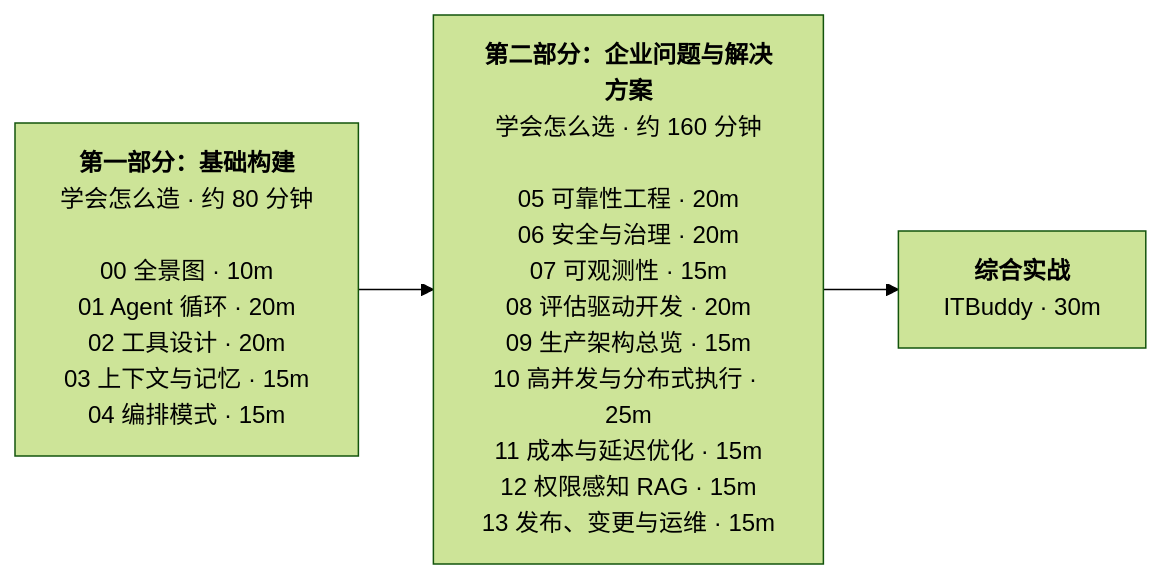
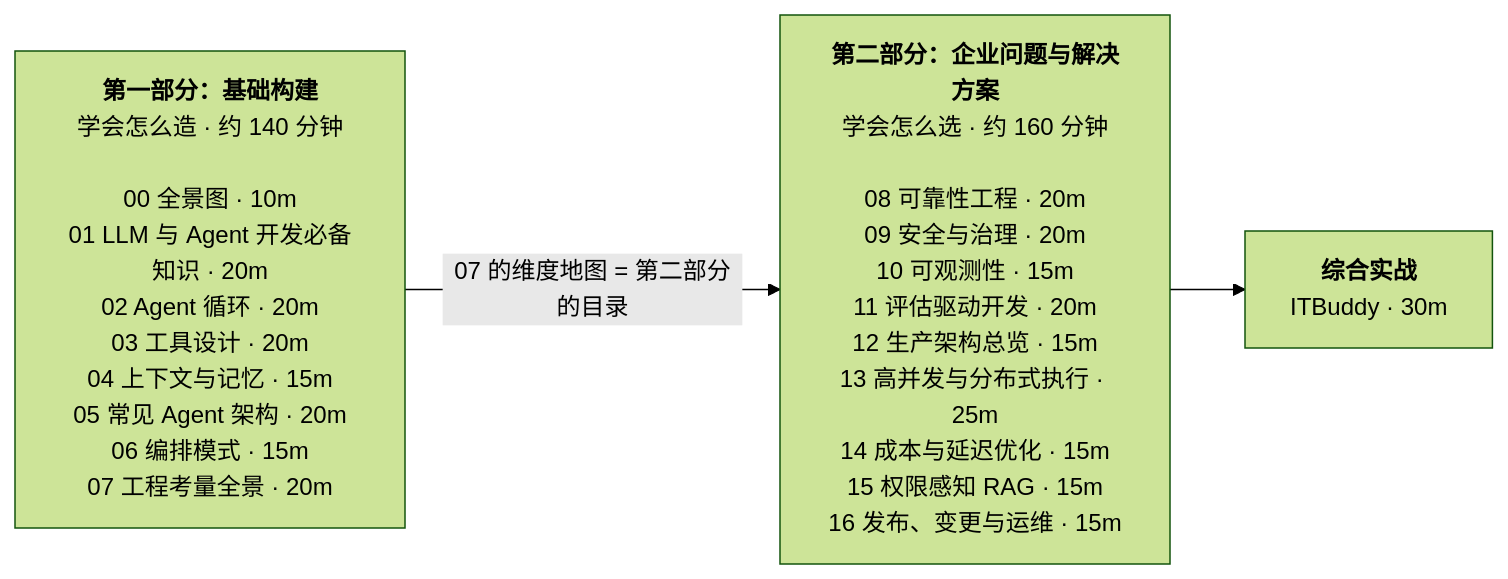
Before and after one commit to heaven999b/hello-agent-system: the fifth of 5 diagrams in lessons/00_overview/README.md, drawn with Mermaid (forest theme). The commit also changed other lines of this file and 29 other files, not shown here.

````diff
--- a/lessons/00_overview/README.md
+++ b/lessons/00_overview/README.md
@@ -167,7 +174,7 @@
 ```mermaid
 flowchart LR
-    P1["<b>第一部分：基础构建</b><br/>学会怎么造 · 约 80 分钟<br/><br/>00 全景图 · 10m<br/>01 Agent 循环 · 20m<br/>02 工具设计 · 20m<br/>03 上下文与记忆 · 15m<br/>04 编排模式 · 15m"]
-    P2["<b>第二部分：企业问题与解决方案</b><br/>学会怎么选 · 约 160 分钟<br/><br/>05 可靠性工程 · 20m<br/>06 安全与治理 · 20m<br/>07 可观测性 · 15m<br/>08 评估驱动开发 · 20m<br/>09 生产架构总览 · 15m<br/>10 高并发与分布式执行 · 25m<br/>11 成本与延迟优化 · 15m<br/>12 权限感知 RAG · 15m<br/>13 发布、变更与运维 · 15m"]
+    P1["<b>第一部分：基础构建</b><br/>学会怎么造 · 约 140 分钟<br/><br/>00 全景图 · 10m<br/>01 LLM 与 Agent 开发必备知识 · 20m<br/>02 Agent 循环 · 20m<br/>03 工具设计 · 20m<br/>04 上下文与记忆 · 15m<br/>05 常见 Agent 架构 · 20m<br/>06 编排模式 · 15m<br/>07 工程考量全景 · 20m"]
+    P2["<b>第二部分：企业问题与解决方案</b><br/>学会怎么选 · 约 160 分钟<br/><br/>08 可靠性工程 · 20m<br/>09 安全与治理 · 20m<br/>10 可观测性 · 15m<br/>11 评估驱动开发 · 20m<br/>12 生产架构总览 · 15m<br/>13 高并发与分布式执行 · 25m<br/>14 成本与延迟优化 · 15m<br/>15 权限感知 RAG · 15m<br/>16 发布、变更与运维 · 15m"]
     CP["<b>综合实战</b><br/>ITBuddy · 30m"]
-    P1 --> P2 --> CP
+    P1 -->|"07 的维度地图 = 第二部分的目录"| P2 --> CP
 ```
````
